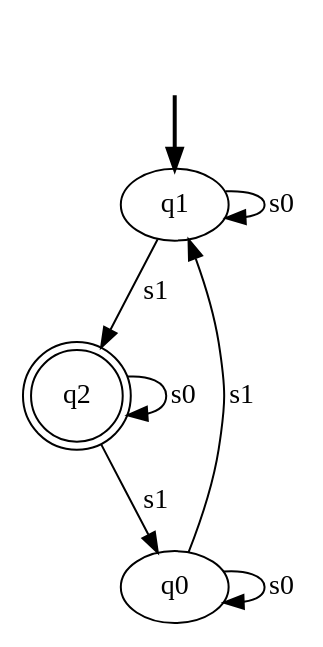
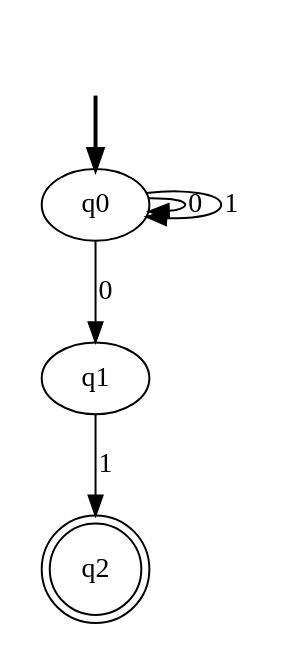
One commit to dunyaoguz/automata_wizard changed the diagram in graph.png.dot. Above: the diagram before and after it, drawn with Graphviz. The commit also changed 4 other files, not shown here.

```diff
--- a/graph.png.dot
+++ b/graph.png.dot
@@ -1,13 +1,11 @@
 digraph {
-	fake [style=invisible]
+	fake0 [style=invisible]
+	q0 [root=true]
 	q2 [shape=doublecircle]
-	q1 [root=true]
-	q0
-	fake -> q1 [style=bold]
-	q0 -> q0 [label=s0]
-	q0 -> q1 [label=s1]
-	q1 -> q1 [label=s0]
-	q1 -> q2 [label=s1]
-	q2 -> q2 [label=s0]
-	q2 -> q0 [label=s1]
+	q1
+	fake0 -> q0 [style=bold]
+	q0 -> q0 [label=0]
+	q0 -> q1 [label=0]
+	q0 -> q0 [label=1]
+	q1 -> q2 [label=1]
 }
```
